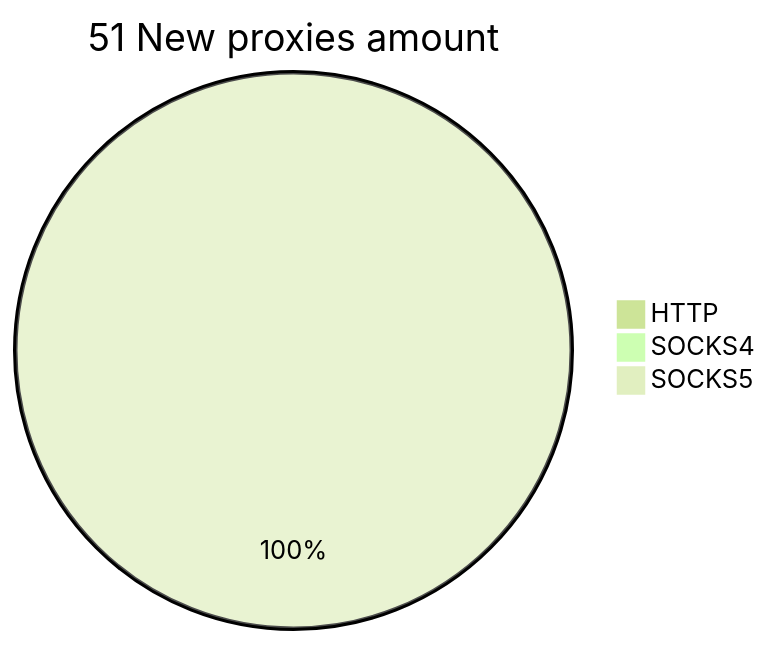
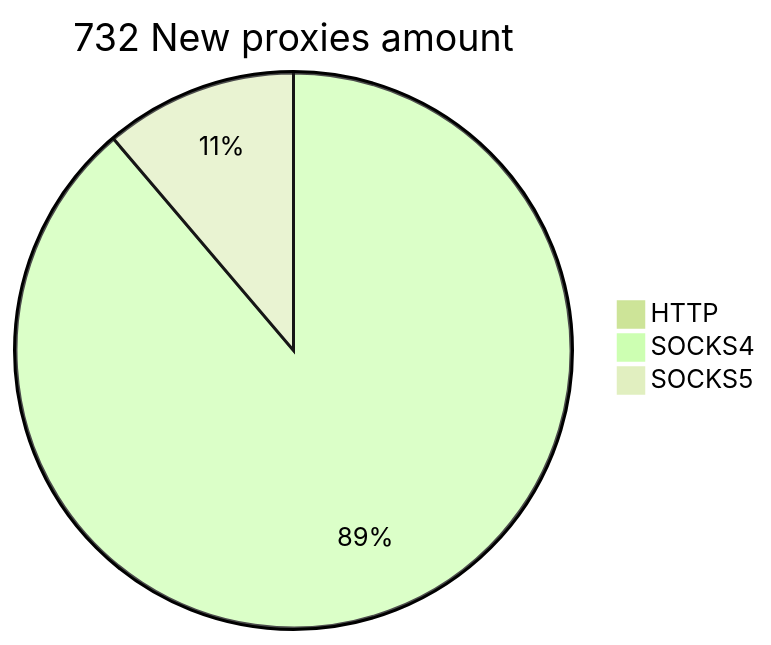
One commit to cutipu/proxylist changed the second of 2 diagrams in README.md. Above: the diagram before and after it, drawn with Mermaid (forest theme). The commit also changed other lines of this file, not shown here.

````diff
--- a/README.md
+++ b/README.md
@@ -10,6 +10,6 @@
 ```mermaid
-pie title 51 New proxies amount
+pie title 732 New proxies amount
     "HTTP" : 0
-    "SOCKS4" : 0
-    "SOCKS5" : 51
+    "SOCKS4" : 673
+    "SOCKS5" : 85
 ```
````
